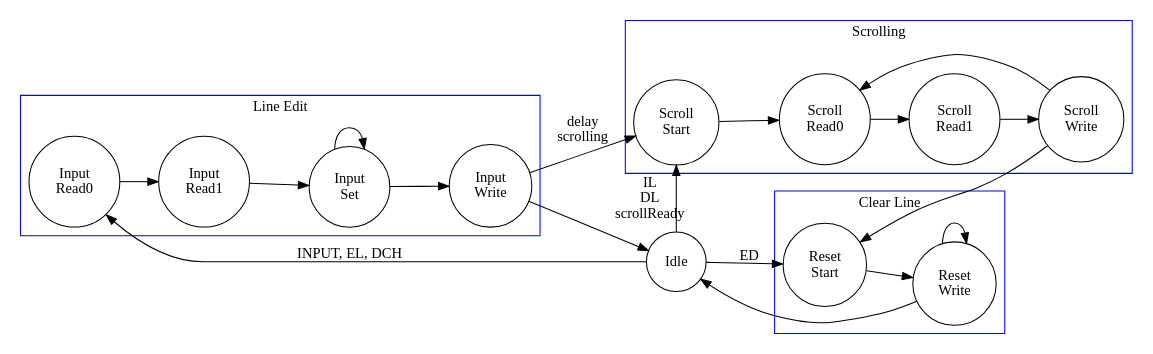
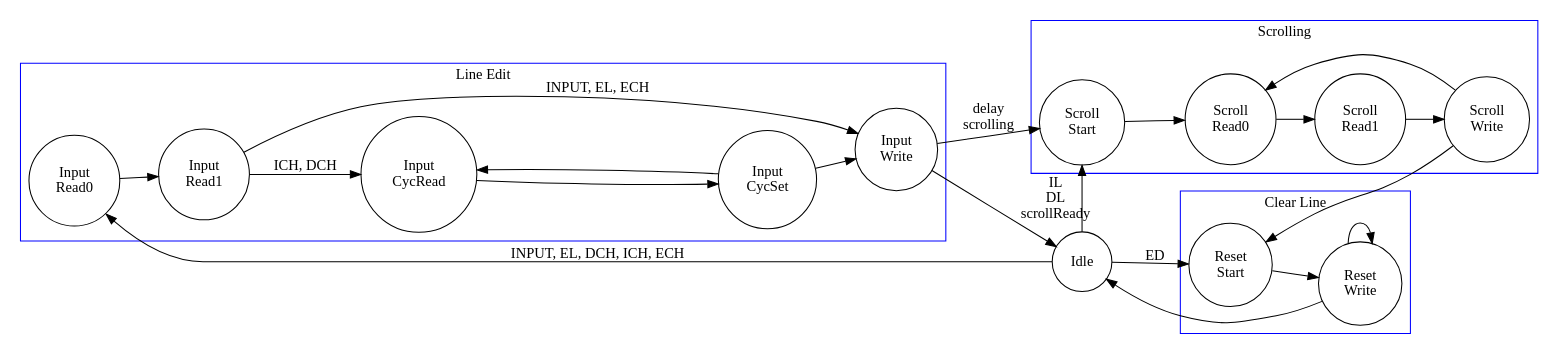
Before and after one commit to Harry-Chen/fpga-virtual-console: the diagram in doc/EDIT.dot, drawn with Graphviz. The commit also changed 7 other files, not shown here.

```diff
--- a/doc/EDIT.dot
+++ b/doc/EDIT.dot
@@ -1,58 +1,61 @@
 digraph EDIT {   
 	node[shape=circle];  
 	rankdir=LR;
 
 	Idle;
 
 	subgraph cluster_1
 	{
 		color=blue;
         label="Line Edit";  
 
 		Input_Read0[label="Input\nRead0"];
 		Input_Read1[label="Input\nRead1"];
-		Input_Set[label="Input\nSet"];
+		Input_CycRead[label="Input\nCycRead"];
+		Input_CycSet[label="Input\nCycSet"];
 		Input_Write[label="Input\nWrite"];
 	}
 
 	subgraph cluster_2
 	{
         label="Scrolling";  
 		color=blue;
 
 		Scroll_Start[label="Scroll\nStart"];
 		Scroll_Read0[label="Scroll\nRead0"];
 		Scroll_Read1[label="Scroll\nRead1"];
 		Scroll_Write[label="Scroll\nWrite"];
 	}
 
 	subgraph cluster_3
 	{
 		color=blue;
 		label="Clear Line"
 
 		Reset_Start[label="Reset\nStart"];
 		Reset_Write[label="Reset\nWrite"];
 	}
 
-	Idle->Input_Read0[label="INPUT, EL, DCH"];
+	Idle->Input_Read0[label="INPUT, EL, DCH, ICH, ECH"];
 	Idle->Scroll_Start[label="IL\nDL\nscrollReady"];
 	Idle->Reset_Start[label="ED"];
 
 	Input_Read0->Input_Read1;
-	Input_Read1->Input_Set;
-	Input_Set->Input_Set;
-	Input_Set->Input_Write;
+	Input_Read1->Input_Write[label="INPUT, EL, ECH"];
+	Input_Read1->Input_CycRead[label="ICH, DCH"];
+	Input_CycRead->Input_CycSet->Input_CycRead;
+	Input_CycSet->Input_Write;
+
 	Input_Write->Idle;
 	Input_Write->Scroll_Start[label="delay\nscrolling"];
 
 	Scroll_Start->Scroll_Read0;
 	Scroll_Read0->Scroll_Read1;
 	Scroll_Read1->Scroll_Write;
 	Scroll_Write->Scroll_Read0;
 	Scroll_Write->Reset_Start;
 
 	Reset_Start->Reset_Write;
 	Reset_Write->Reset_Write;
 	Reset_Write->Idle;
 }
```
